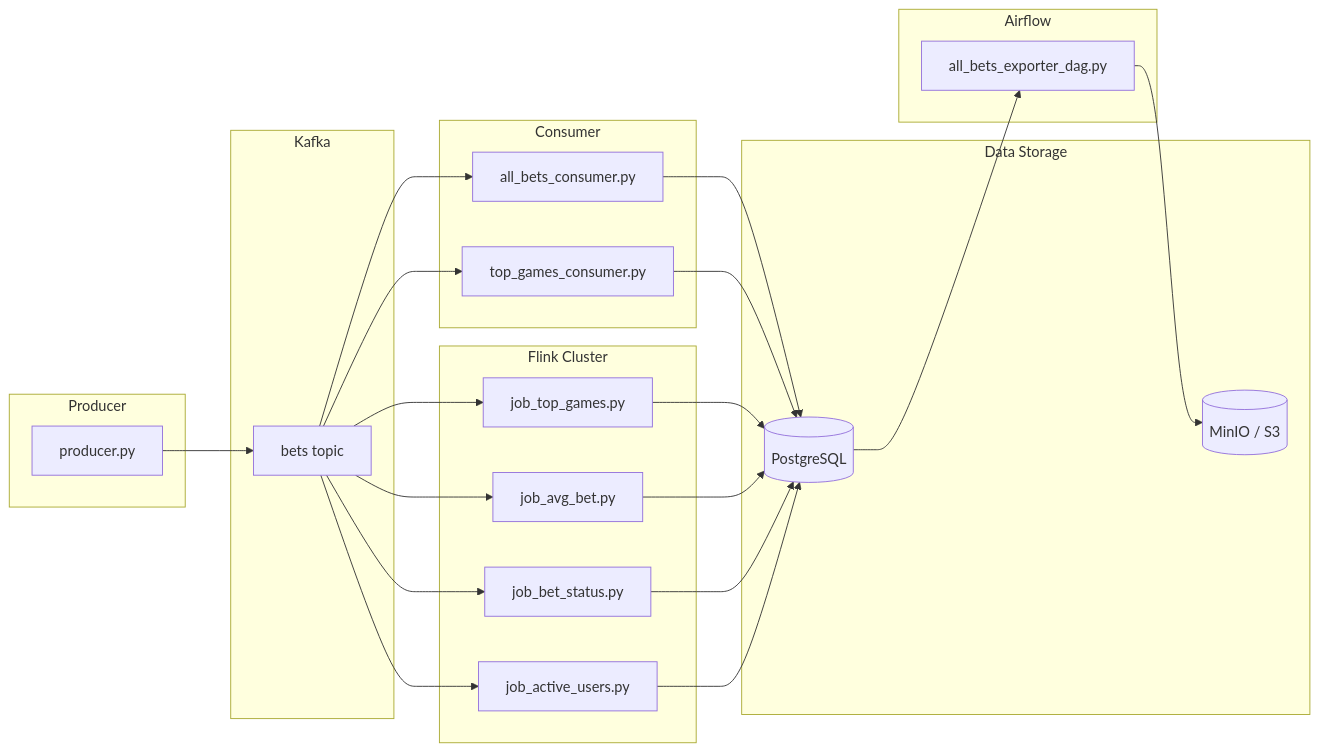
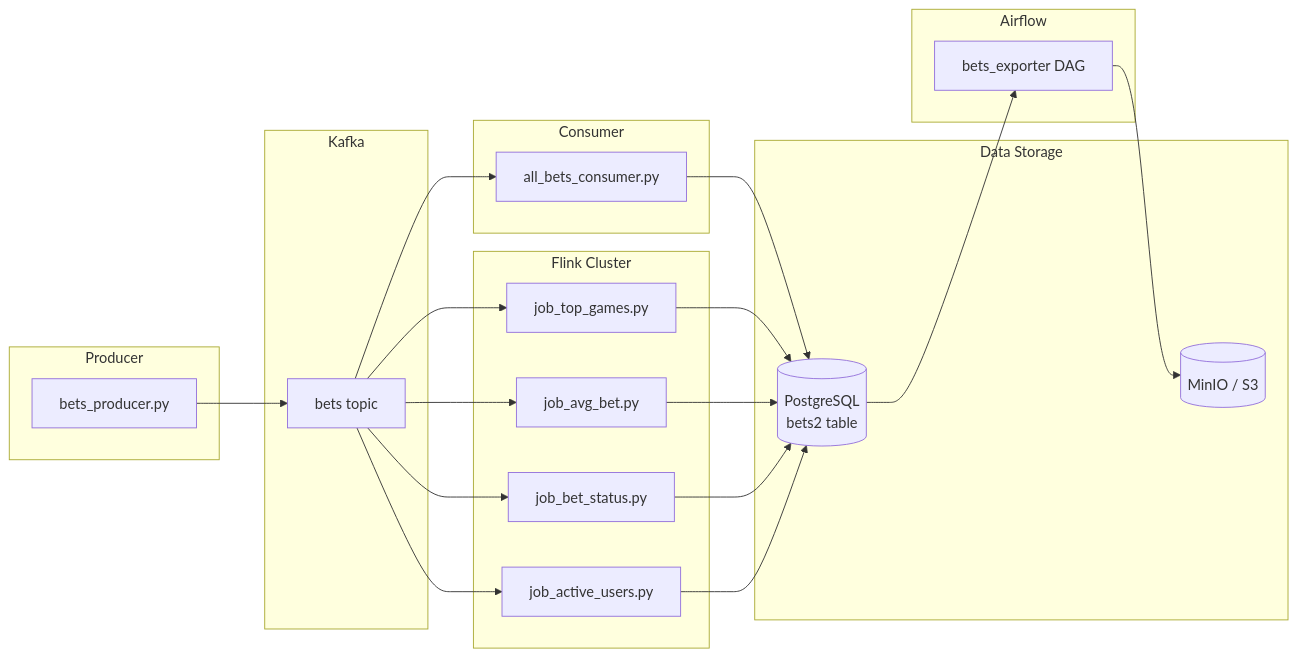
One commit to eduard353/bet_data_project changed the diagram in README.MD. Above: the diagram before and after it, drawn with Mermaid. The commit also changed other lines of this file and 7 other files, not shown here.

````diff
--- a/README.MD
+++ b/README.MD
@@ -18,40 +18,38 @@
 ```mermaid
 flowchart LR
     subgraph PRODUCER["Producer"]
-        P1["producer.py"]
+        P1["bets_producer.py"]
     end
 
     subgraph KAFKA["Kafka"]
         T1["bets topic"]
     end
 
     subgraph FLINK["Flink Cluster"]
         J1["job_top_games.py"]
         J2["job_avg_bet.py"]
         J3["job_bet_status.py"]
         J4["job_active_users.py"]
     end
 
     subgraph CONSUMER["Consumer"]
         C1["all_bets_consumer.py"]
-        C2["top_games_consumer.py"]
     end
 
     subgraph STORAGE["Data Storage"]
-        DB[(PostgreSQL)]
+        DB[(PostgreSQL<br/>bets2 table)]
         S3[(MinIO / S3)]
     end
 
     subgraph AIRFLOW["Airflow"]
-        DAG1["all_bets_exporter_dag.py"]
+        DAG1["bets_exporter DAG"]
     end
 
     P1 --> T1
     T1 --> C1 --> DB
-    T1 --> C2 --> DB
     T1 --> J1 --> DB
     T1 --> J2 --> DB
     T1 --> J3 --> DB
     T1 --> J4 --> DB
     DB --> DAG1 --> S3
 ```
````
